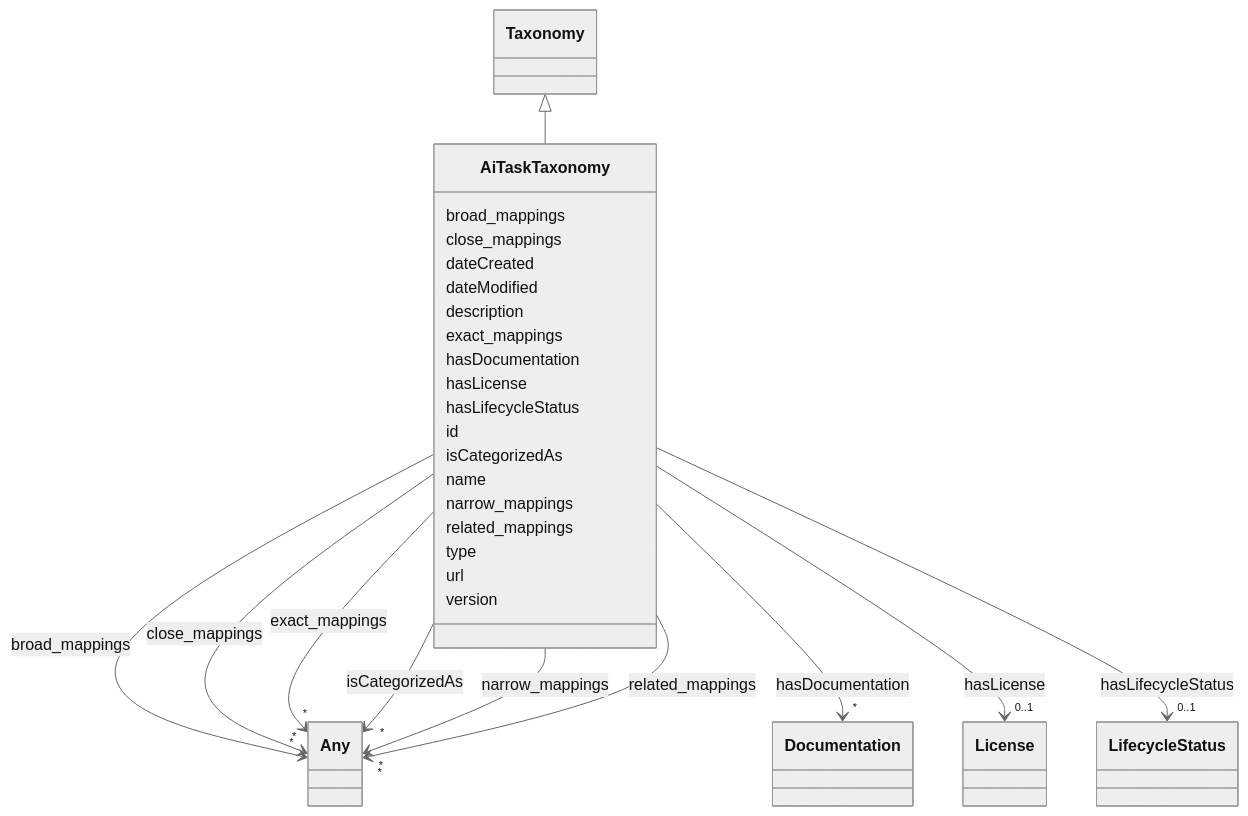
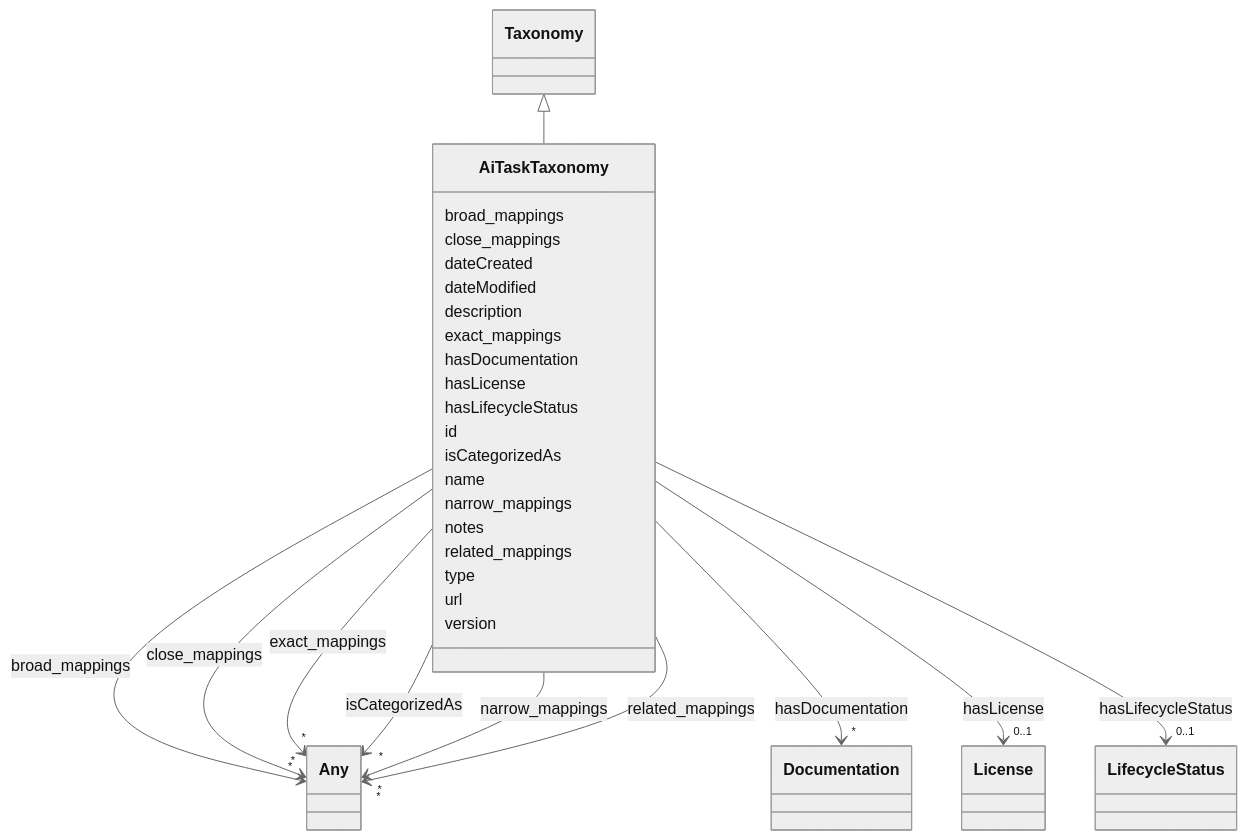
Before and after one commit to ingelise/risk-atlas-nexus: the diagram in docs/ontology/AiTaskTaxonomy.md, drawn with Mermaid (neutral theme). The commit also changed other lines of this file and 318 other files, not shown here.

```diff
--- a/docs/ontology/AiTaskTaxonomy.md
+++ b/docs/ontology/AiTaskTaxonomy.md
@@ -116,6 +116,8 @@
 
 
 
+      AiTaskTaxonomy : notes
+
       AiTaskTaxonomy : related_mappings
 
 
```
